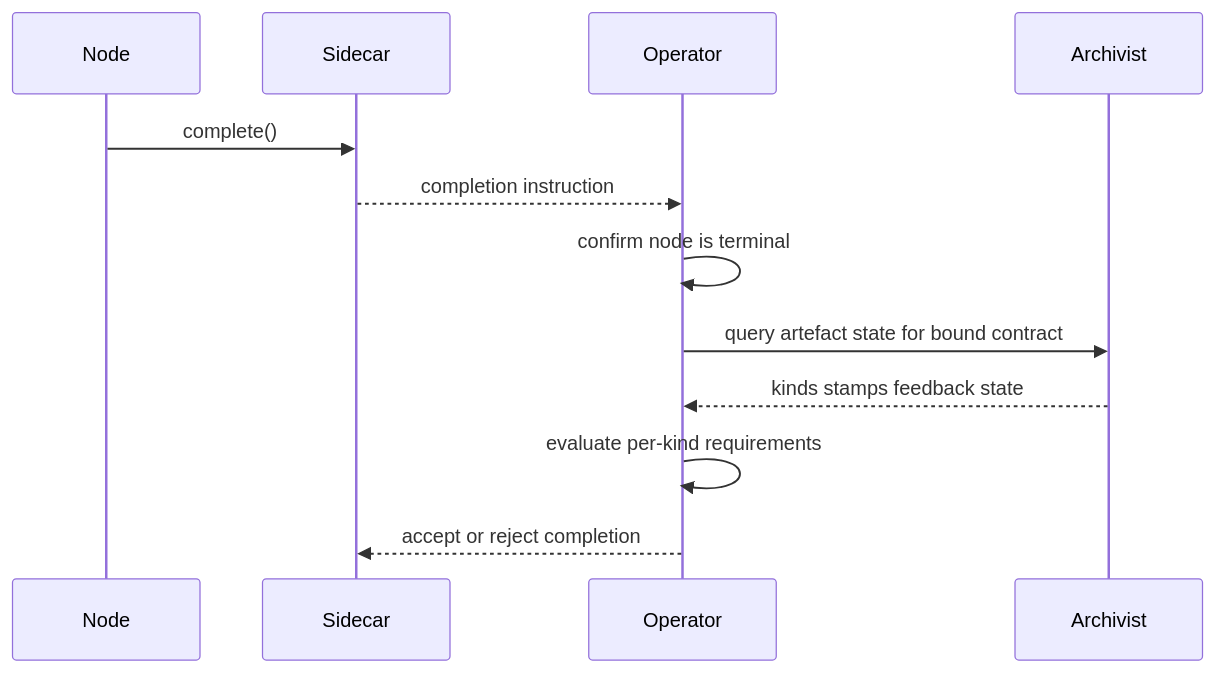
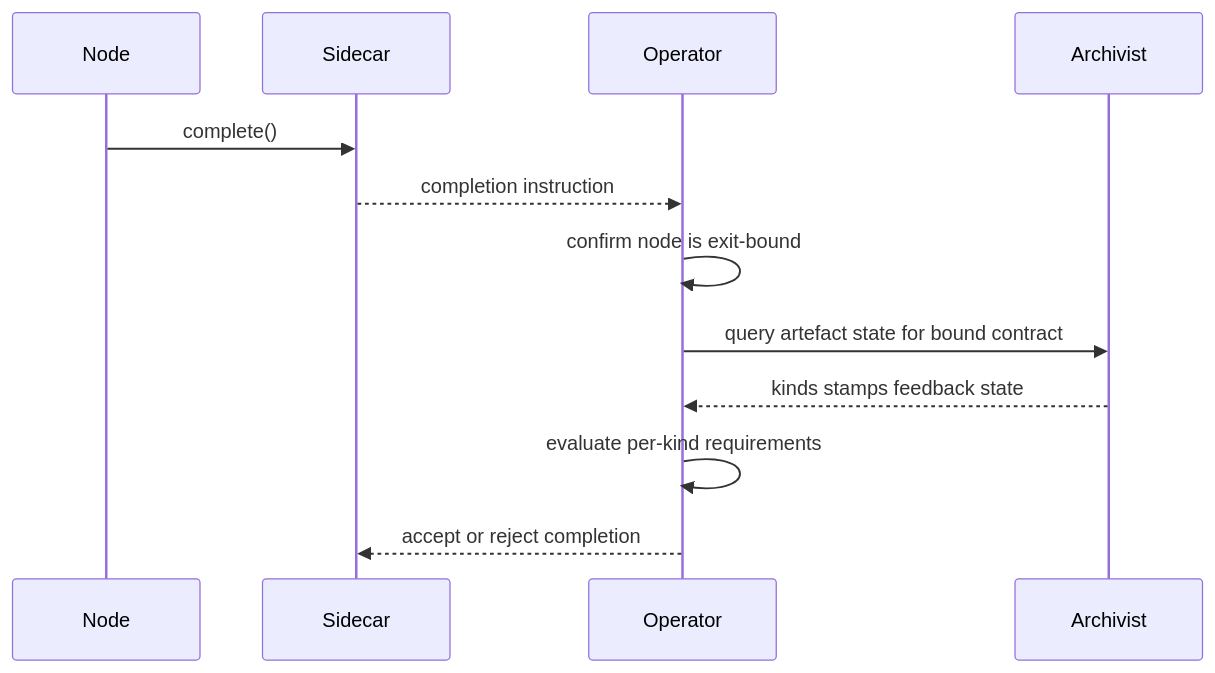
The third of 3 diagrams in 02-flow/02-workitem.md (really-knows-ai/gideas), drawn with Mermaid before and after one commit. The commit also changed other lines of this file and 11 other files, not shown here.

````diff
--- a/02-flow/02-workitem.md
+++ b/02-flow/02-workitem.md
@@ -134,15 +143,15 @@
 ```mermaid
 sequenceDiagram
     participant ND as Node
     participant SC as Sidecar
     participant OP as Operator
     participant AR as Archivist
 
     ND->>SC: complete()
     SC-->>OP: completion instruction
-    OP->>OP: confirm node is terminal
+    OP->>OP: confirm node is exit-bound
     OP->>AR: query artefact state for bound contract
     AR-->>OP: kinds stamps feedback state
     OP->>OP: evaluate per-kind requirements
     OP-->>SC: accept or reject completion
 ```
````
